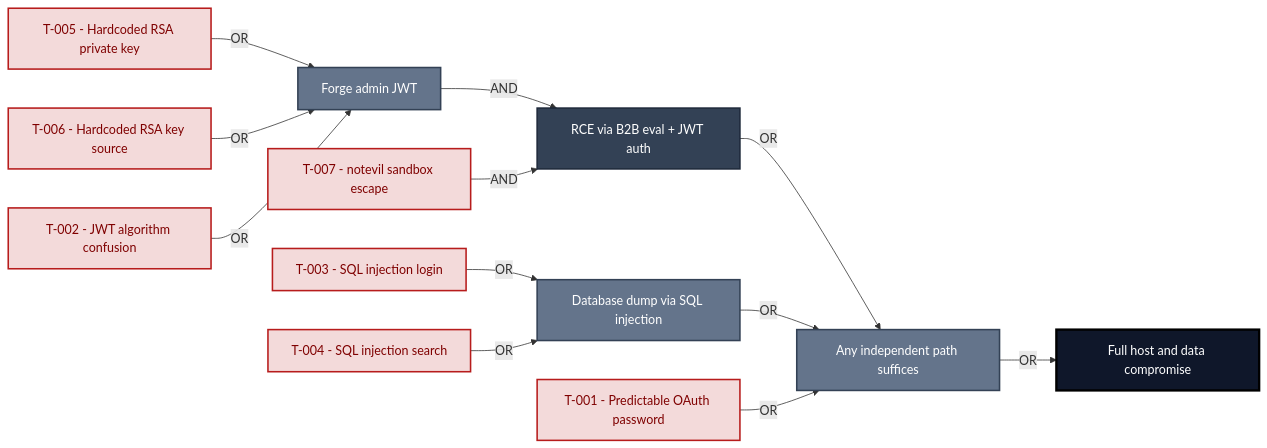
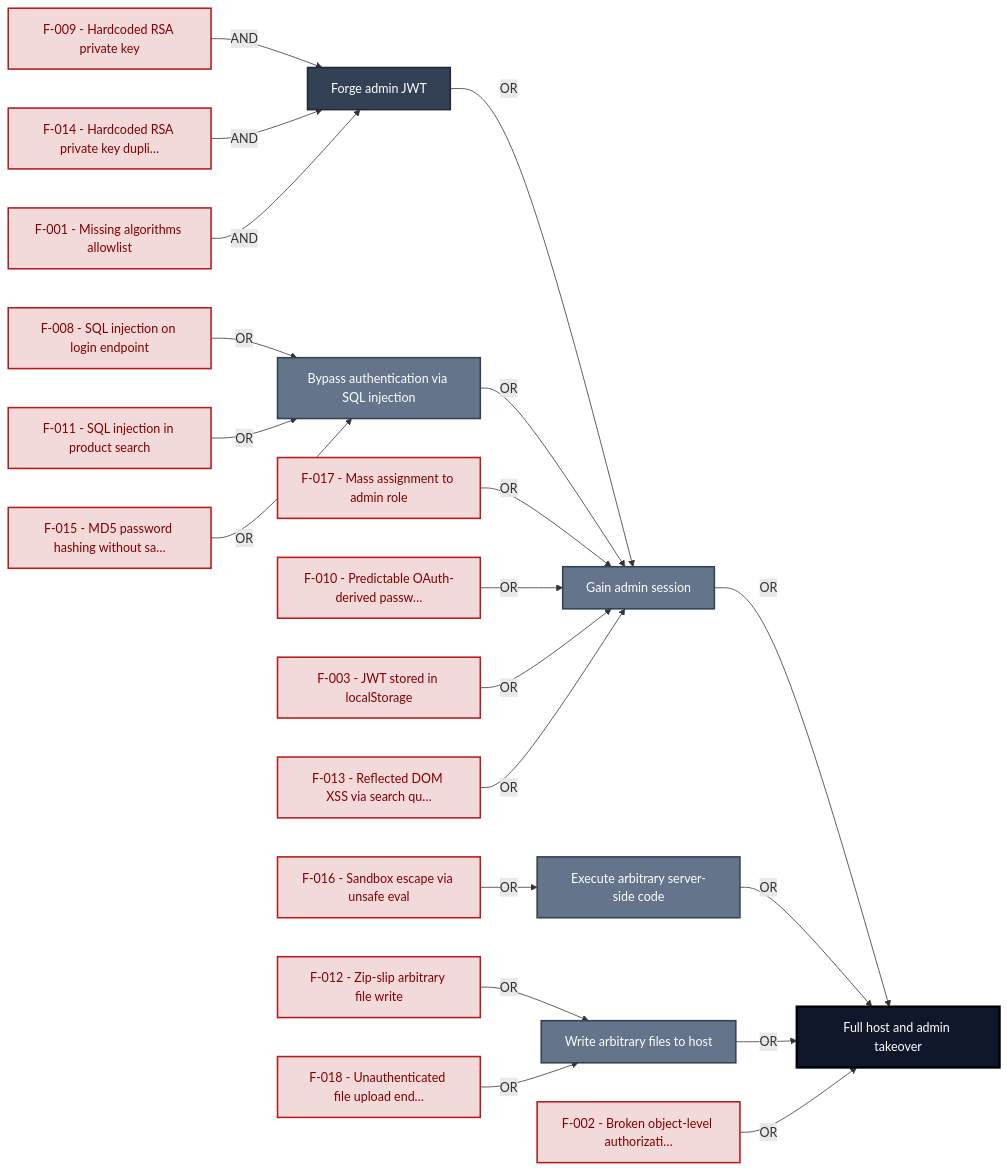
Before and after one commit to appsec-foundry/appsec-advisor: the third of 27 diagrams in examples/threat-modeler/threat-model-juice-shop-standard.md, drawn with Mermaid. The commit also changed other lines of this file and 3 other files, not shown here.

````diff
--- a/examples/threat-modeler/threat-model-juice-shop-standard.md
+++ b/examples/threat-modeler/threat-model-juice-shop-standard.md
@@ -297,32 +344,48 @@
 ```mermaid
 graph LR
-    G_ROOT["Full host and data compromise"]:::goal
-    OR_PATHS["Any independent path suffices"]:::or_node
-    AND_RCE["RCE via B2B eval + JWT auth"]:::and_node
-    OR_JWT["Forge admin JWT"]:::or_node
-    L_T005["T-005 - Hardcoded RSA private key"]:::leaf
-    L_T006["T-006 - Hardcoded RSA key source"]:::leaf
-    L_T002["T-002 - JWT algorithm confusion"]:::leaf
-    L_T007["T-007 - notevil sandbox escape"]:::leaf
-    OR_DB["Database dump via SQL injection"]:::or_node
-    L_T003["T-003 - SQL injection login"]:::leaf
-    L_T004["T-004 - SQL injection search"]:::leaf
-    L_T001["T-001 - Predictable OAuth password"]:::leaf
+    G_ROOT["Full host and admin takeover"]:::goal
+    OR_ADMIN["Gain admin session"]:::or_node
+    AND_JWT_FORGE["Forge admin JWT"]:::and_node
+    OR_SQLI["Bypass authentication via SQL injection"]:::or_node
+    OR_EXEC["Execute arbitrary server-side code"]:::or_node
+    OR_WRITE["Write arbitrary files to host"]:::or_node
+    L_T009["F-009 - Hardcoded RSA private key"]:::leaf
+    L_T001["F-001 - Missing algorithms allowlist"]:::leaf
+    L_T008["F-008 - SQL injection on login endpoint"]:::leaf
+    L_T011["F-011 - SQL injection in product search"]:::leaf
+    L_T015["F-015 - MD5 password hashing without sa…"]:::leaf
+    L_T016["F-016 - Sandbox escape via unsafe eval"]:::leaf
+    L_T012["F-012 - Zip-slip arbitrary file write"]:::leaf
+    L_T018["F-018 - Unauthenticated file upload end…"]:::leaf
+    L_T017["F-017 - Mass assignment to admin role"]:::leaf
+    L_T002["F-002 - Broken object-level authorizati…"]:::leaf
+    L_T003["F-003 - JWT stored in localStorage"]:::leaf
+    L_T010["F-010 - Predictable OAuth-derived passw…"]:::leaf
+    L_T013["F-013 - Reflected DOM XSS via search qu…"]:::leaf
+    L_T014["F-014 - Hardcoded RSA private key dupli…"]:::leaf
 
-    OR_PATHS -->|"OR"| G_ROOT
-    AND_RCE -->|"OR"| OR_PATHS
-    OR_DB -->|"OR"| OR_PATHS
-    L_T001 -->|"OR"| OR_PATHS
-    OR_JWT -->|"AND"| AND_RCE
-    L_T007 -->|"AND"| AND_RCE
-    L_T005 -->|"OR"| OR_JWT
-    L_T006 -->|"OR"| OR_JWT
-    L_T002 -->|"OR"| OR_JWT
-    L_T003 -->|"OR"| OR_DB
-    L_T004 -->|"OR"| OR_DB
+    OR_ADMIN -->|"OR"| G_ROOT
+    OR_EXEC -->|"OR"| G_ROOT
+    OR_WRITE -->|"OR"| G_ROOT
+    AND_JWT_FORGE -->|"OR"| OR_ADMIN
+    OR_SQLI -->|"OR"| OR_ADMIN
+    L_T017 -->|"OR"| OR_ADMIN
+    L_T010 -->|"OR"| OR_ADMIN
+    L_T009 -->|"AND"| AND_JWT_FORGE
+    L_T014 -->|"AND"| AND_JWT_FORGE
+    L_T001 -->|"AND"| AND_JWT_FORGE
+    L_T008 -->|"OR"| OR_SQLI
+    L_T011 -->|"OR"| OR_SQLI
+    L_T015 -->|"OR"| OR_SQLI
+    L_T016 -->|"OR"| OR_EXEC
+    L_T012 -->|"OR"| OR_WRITE
+    L_T018 -->|"OR"| OR_WRITE
+    L_T002 -->|"OR"| G_ROOT
+    L_T003 -->|"OR"| OR_ADMIN
+    L_T013 -->|"OR"| OR_ADMIN
 
     classDef goal fill:#0f172a,stroke:#000,color:#fff,stroke-width:3px
     classDef and_node fill:#334155,stroke:#1e293b,color:#fff,stroke-width:2px
     classDef or_node fill:#64748b,stroke:#334155,color:#fff,stroke-width:2px
     classDef leaf fill:#f3dada,stroke:#b71c1c,color:#7f0000,stroke-width:2px
 ```
````
